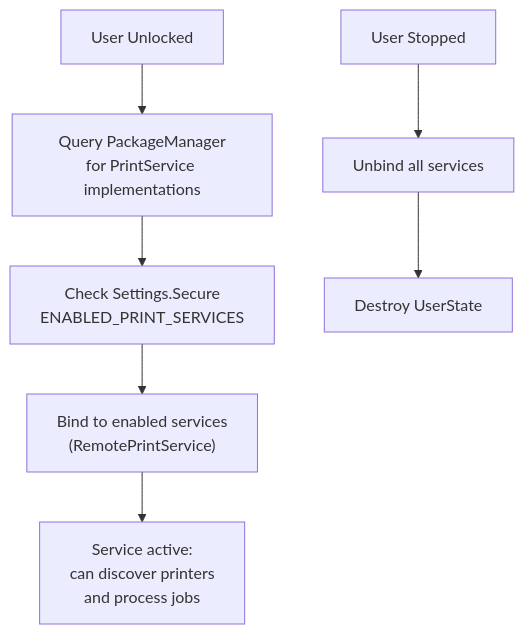
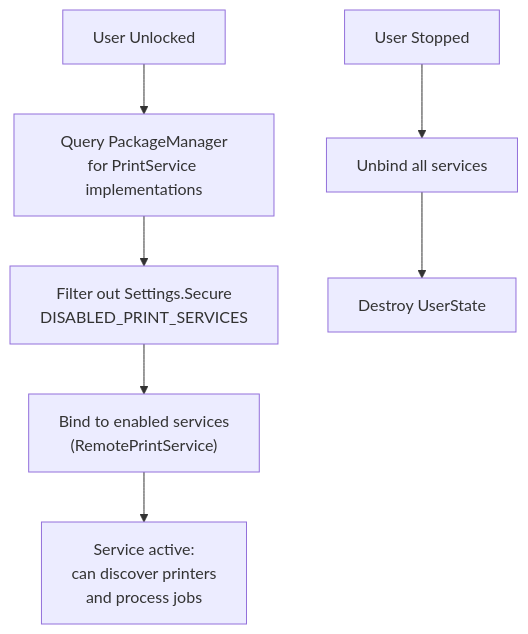
One commit to aospbooks/aosp-internal-book changed the seventh of 15 diagrams in agents/claude/skills/aosp-device-support/61-print-services.md. Above: the diagram before and after it, drawn with Mermaid. The commit also changed other lines of this file and 232 other files, not shown here.

````diff
--- a/agents/claude/skills/aosp-device-support/61-print-services.md
+++ b/agents/claude/skills/aosp-device-support/61-print-services.md
@@ -624,15 +686,15 @@
 ```mermaid
 flowchart TB
     UNLOCK["User Unlocked"]
     QUERY["Query PackageManager<br/>for PrintService implementations"]
-    ENABLED["Check Settings.Secure<br/>ENABLED_PRINT_SERVICES"]
+    ENABLED["Filter out Settings.Secure<br/>DISABLED_PRINT_SERVICES"]
     BIND["Bind to enabled services<br/>(RemotePrintService)"]
     ACTIVE["Service active:<br/>can discover printers<br/>and process jobs"]
 
     STOP["User Stopped"]
     UNBIND["Unbind all services"]
     DESTROY["Destroy UserState"]
 
     UNLOCK --> QUERY --> ENABLED --> BIND --> ACTIVE
     STOP --> UNBIND --> DESTROY
 ```
````
